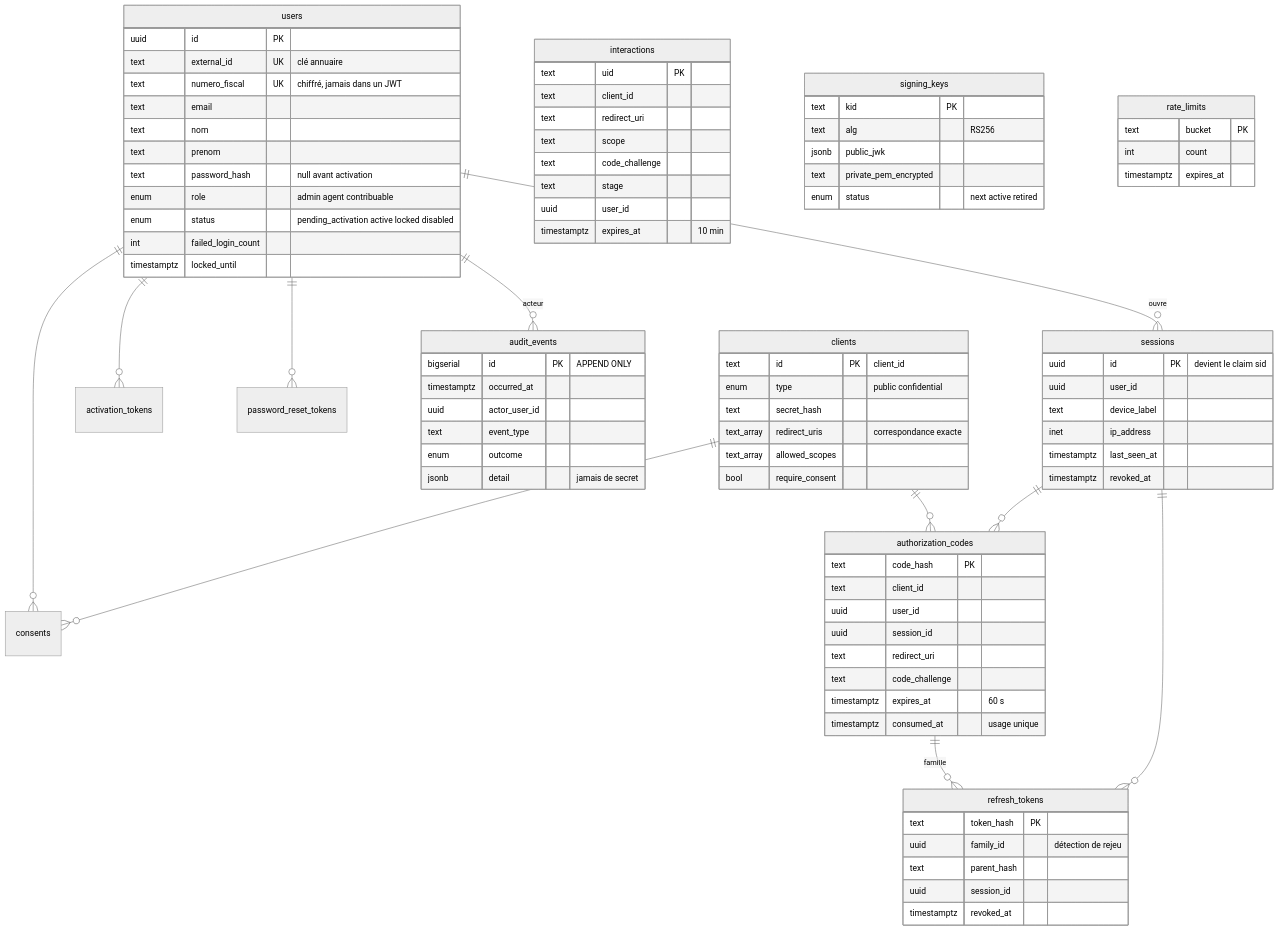
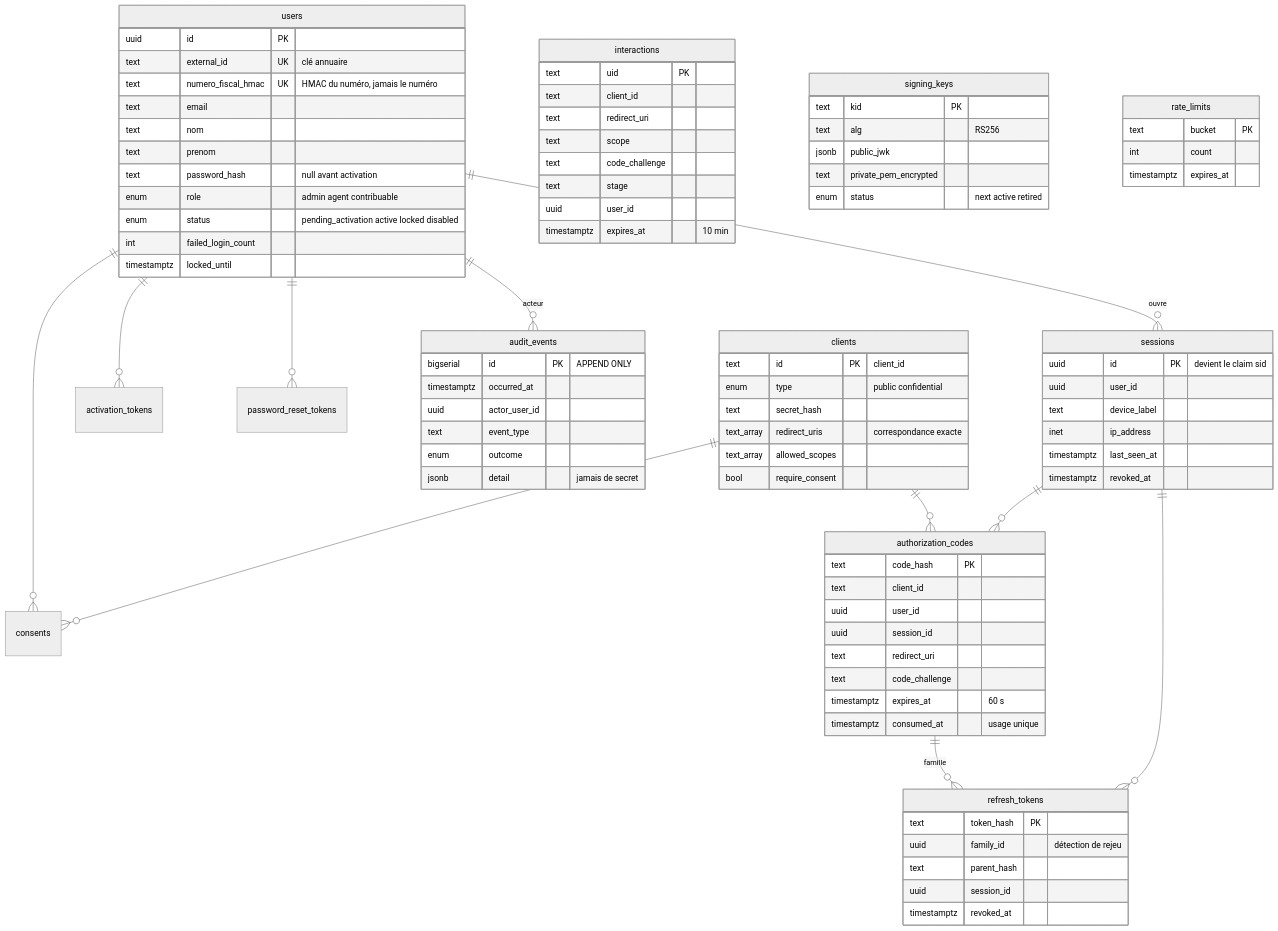
One commit to Miniquoinquoin/Authent-INT changed the sixth of 12 diagrams in docs/architecture.md. Above: the diagram before and after it, drawn with Mermaid. The commit also changed other lines of this file and 1 other file, not shown here.

Commit message:
docs: B1 status, numero fiscal decision, audit append-only gap
current_architecture.md: B1 modules marked done, the HMAC decision recorded,
and a new open item: authentint_app is a Postgres superuser, so the REVOKE on
audit_events has no effect (a DELETE succeeds). Invariant 10 is not enforced
yet; fixing it is B4's "done when".

```diff
--- a/docs/architecture.md
+++ b/docs/architecture.md
@@ -326,7 +326,7 @@
     users {
         uuid id PK
         text external_id UK "clé annuaire"
-        text numero_fiscal UK "chiffré, jamais dans un JWT"
+        text numero_fiscal_hmac UK "HMAC du numéro, jamais le numéro"
         text email
         text nom
         text prenom
```
